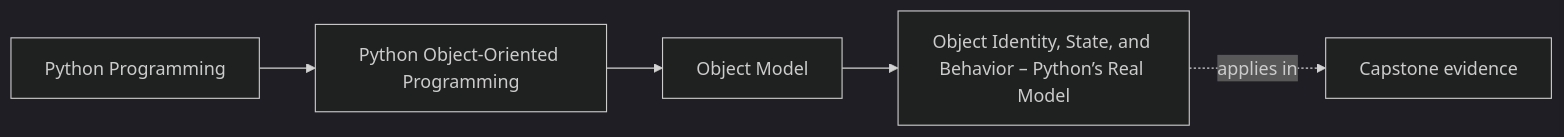
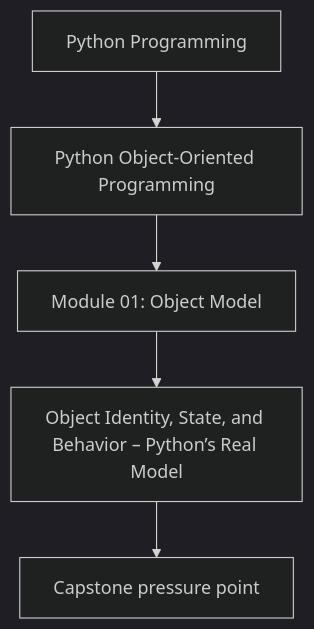
One commit to bijux/bijux-masterclass changed the first of 2 diagrams in programs/python-programming/python-object-oriented-programming/course-book/module-01-object-model/object-identity-state-and-behavior.md. Above: the diagram before and after it, drawn with Mermaid (dark theme). The commit also changed other lines of this file and 107 other files, not shown here.

Commit message:
docs(python-object-oriented-programming): align concept page diagrams

````diff
--- a/programs/python-programming/python-object-oriented-programming/course-book/module-01-object-model/object-identity-state-and-behavior.md
+++ b/programs/python-programming/python-object-oriented-programming/course-book/module-01-object-model/object-identity-state-and-behavior.md
@@ -7,11 +7,7 @@
 ```mermaid
-graph LR
-  family["Python Programming"]
-  program["Python Object-Oriented Programming"]
-  section["Object Model"]
-  page["Object Identity, State, and Behavior – Python’s Real Model"]
-  capstone["Capstone evidence"]
-
-  family --> program --> section --> page
-  page -.applies in.-> capstone
+flowchart TD
+  family["Python Programming"] --> program["Python Object-Oriented Programming"]
+  program --> module["Module 01: Object Model"]
+  module --> concept["Object Identity, State, and Behavior – Python’s Real Model"]
+  concept --> capstone["Capstone pressure point"]
 ```
````
